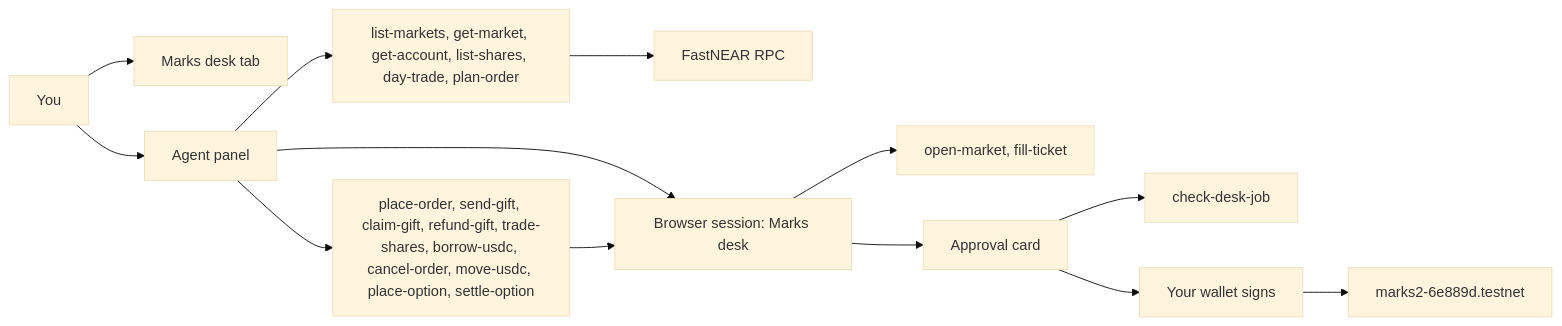
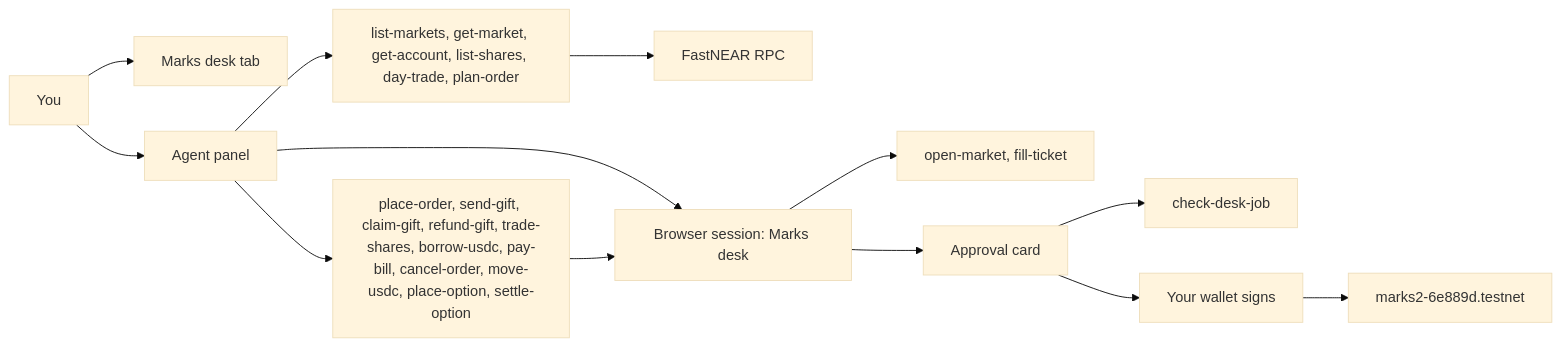
Before and after one commit to amdonatusprince/Marks-on-Near: the sixth of 6 diagrams in README.md, drawn with Mermaid (base theme). The commit also changed other lines of this file and 1 other file, not shown here.

Commit message:
Document pay, checkout, and Intents.

````diff
--- a/README.md
+++ b/README.md
@@ -394,15 +399,15 @@
 ```mermaid
 flowchart LR
   person[You] --> desk[Marks desk tab]
   person --> chat[Agent panel]
   chat --> reads[list-markets, get-market, get-account, list-shares, day-trade, plan-order]
   reads --> rpc[FastNEAR RPC]
-  chat --> writes[place-order, send-gift, claim-gift, refund-gift, trade-shares, borrow-usdc, cancel-order, move-usdc, place-option, settle-option]
+  chat --> writes[place-order, send-gift, claim-gift, refund-gift, trade-shares, borrow-usdc, pay-bill, cancel-order, move-usdc, place-option, settle-option]
   chat --> session[Browser session: Marks desk]
   session --> nav[open-market, fill-ticket]
   writes --> session
   session --> card[Approval card]
   card --> wait[check-desk-job]
   card --> wallet[Your wallet signs]
   wallet --> marks[marks2-6e889d.testnet]
 ```
````
